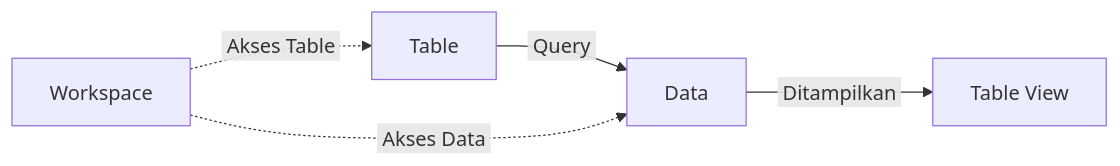
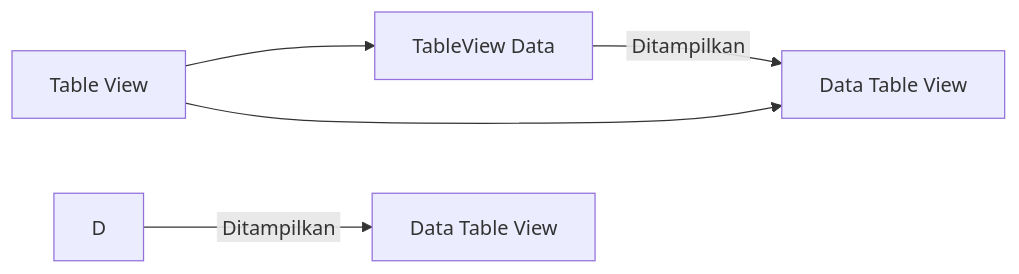
Before and after one commit to ginalne/phoenix-docs: the first of 2 diagrams in Docs/Modul Interface/Table View/Apa itu Table View.md, drawn with Mermaid. The commit also changed other lines of this file and 1 other file, not shown here.

````diff
--- a/Docs/Modul Interface/Table View/Apa itu Table View.md
+++ b/Docs/Modul Interface/Table View/Apa itu Table View.md
@@ -46,7 +46,9 @@
 ```mermaid
 flowchart LR
-    A["Table"] -->|&nbsp;Query&nbsp;| B["Data"]
-    B -->|&nbsp;Ditampilkan&nbsp;| C["Table View"]
-    D["Workspace"] -.->|&nbsp;Akses Data&nbsp;| B
-    D -.->|&nbsp;Akses Table&nbsp;| A
+    A["Table View"] --> B["TableView Data"]
+    A --> C["TableView Data"]
+    B
+    C["TableView Data"]
+    B -->|&nbsp;Ditampilkan&nbsp;| C["Data Table View"]
+    D -->|&nbsp;Ditampilkan&nbsp;| E["Data Table View"]
 ```
````
